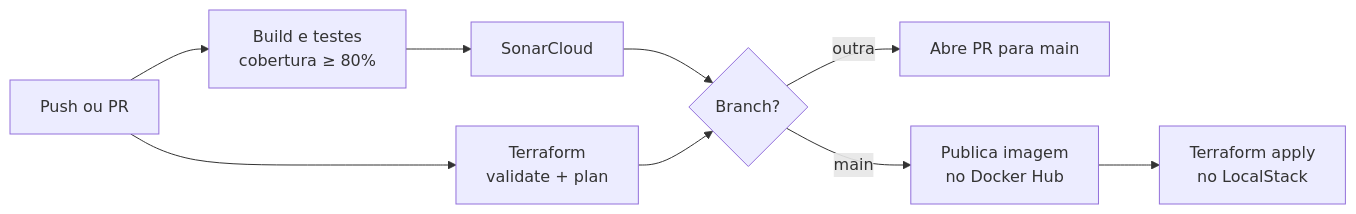
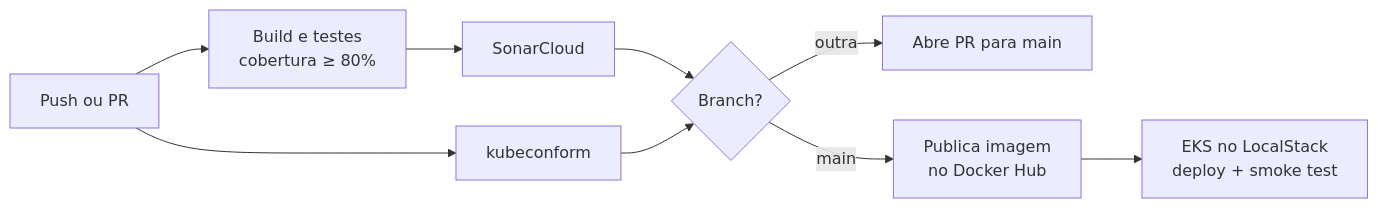
The third of 3 diagrams in README.md (nessaoana/vehicle-sales), drawn with Mermaid before and after one commit. The commit also changed other lines of this file and 19 other files, not shown here.

````diff
--- a/README.md
+++ b/README.md
@@ -133,9 +164,9 @@
 ```mermaid
 flowchart LR
 	Push[Push ou PR] --> Tests[Build e testes<br/>cobertura ≥ 80%] --> Sonar[SonarCloud]
-	Push --> Plan[Terraform<br/>validate + plan]
+	Push --> K8s[kubeconform]
 	Sonar --> Branch{Branch?}
-	Plan --> Branch
+	K8s --> Branch
 	Branch -- outra --> PR[Abre PR para main]
-	Branch -- main --> Docker[Publica imagem<br/>no Docker Hub] --> Apply[Terraform apply<br/>no LocalStack]
+	Branch -- main --> Docker[Publica imagem<br/>no Docker Hub] --> Deploy[EKS no LocalStack<br/>deploy + smoke test]
 ```
````
